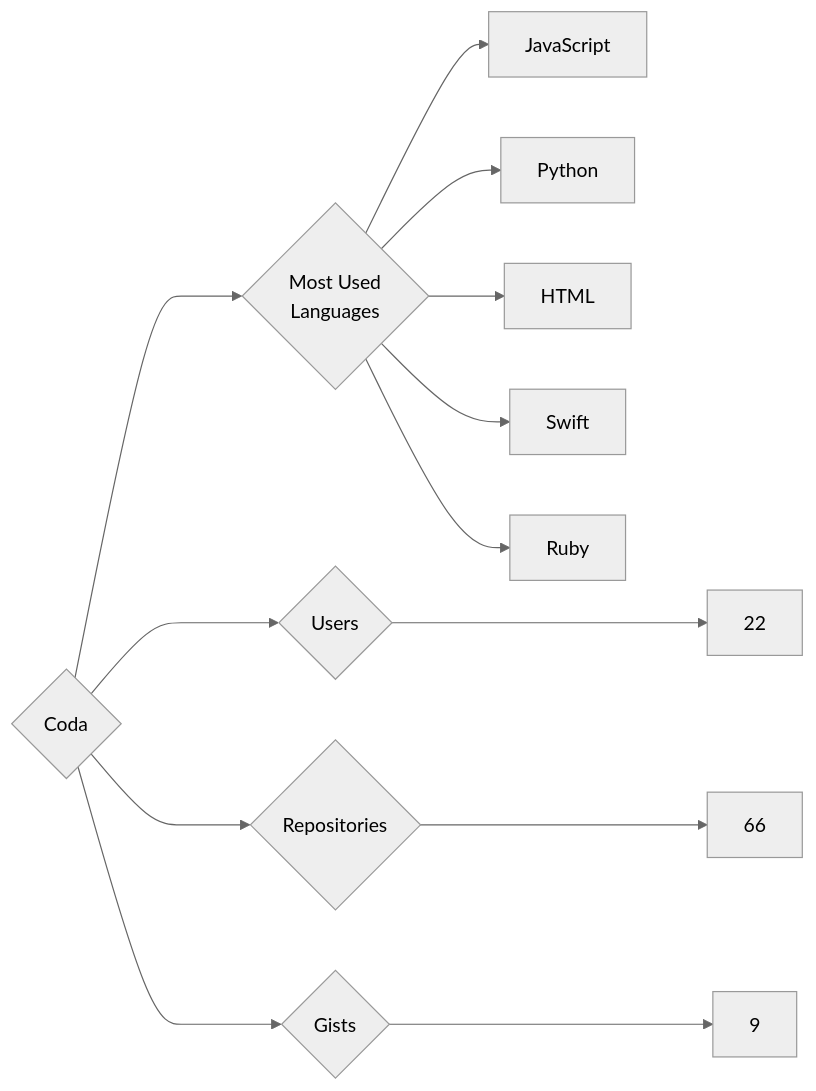
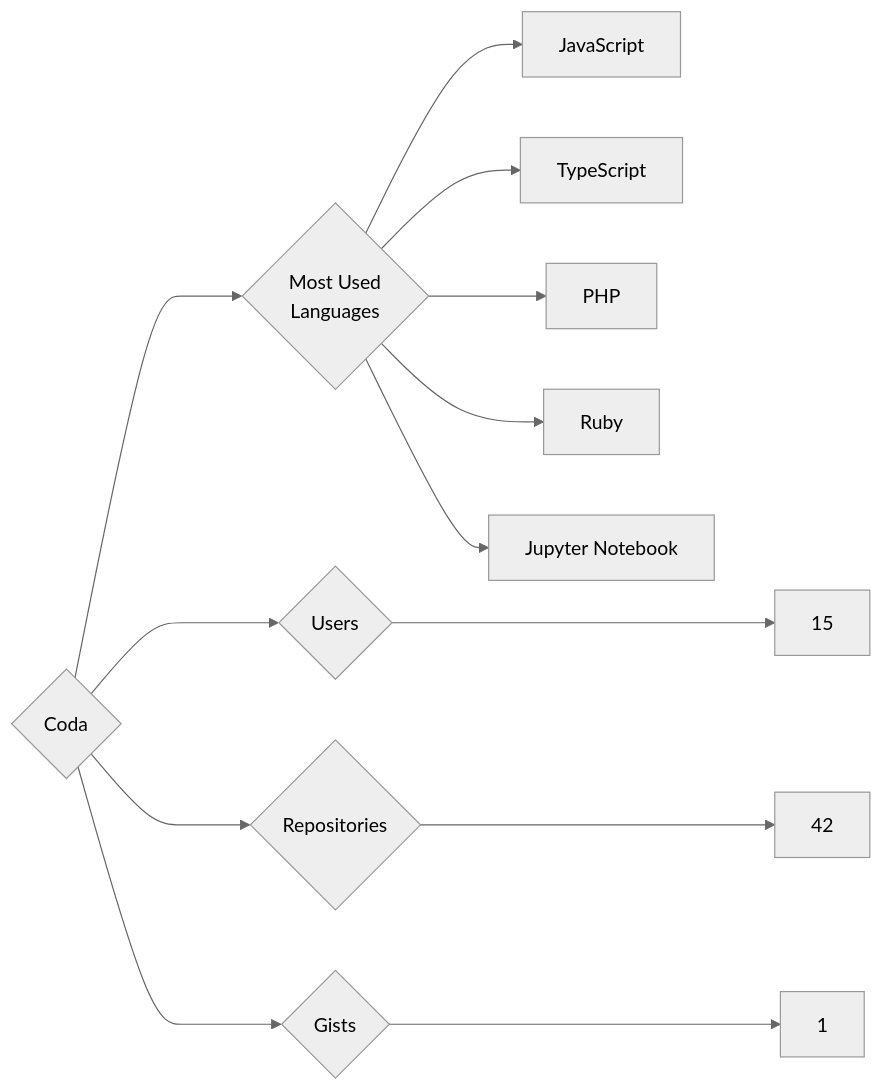
One commit to trickest/insiders changed the diagram in targets/Coda/README.md. Above: the diagram before and after it, drawn with Mermaid (neutral theme). The commit also changed 757 other files, not shown here.

````diff
--- a/targets/Coda/README.md
+++ b/targets/Coda/README.md
@@ -3,13 +3,13 @@
 ```mermaid
 graph LR
 COMPANY_NAME{Coda}
-COMPANY_NAME ---> U{Users} ---> UN[22]
-COMPANY_NAME ---> R{Repositories} ---> RN[66]
-COMPANY_NAME ---> G{Gists} ---> GN[9]
+COMPANY_NAME ---> U{Users} ---> UN[15]
+COMPANY_NAME ---> R{Repositories} ---> RN[42]
+COMPANY_NAME ---> G{Gists} ---> GN[1]
 COMPANY_NAME ---> ML{Most Used<br>Languages}
 ML --> JavaScript[JavaScript]
-ML --> Python[Python]
-ML --> HTML[HTML]
-ML --> Swift[Swift]
+ML --> TypeScript[TypeScript]
+ML --> PHP[PHP]
 ML --> Ruby[Ruby]
+ML --> Jupyter_Notebook[Jupyter Notebook]
 ```
````
